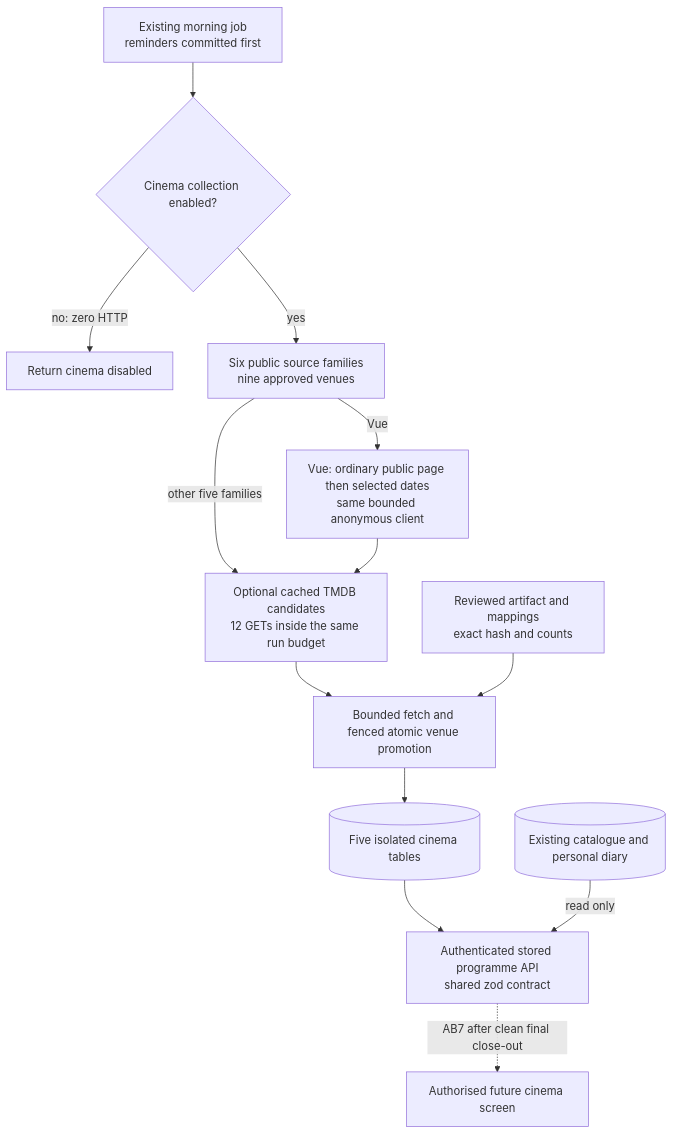
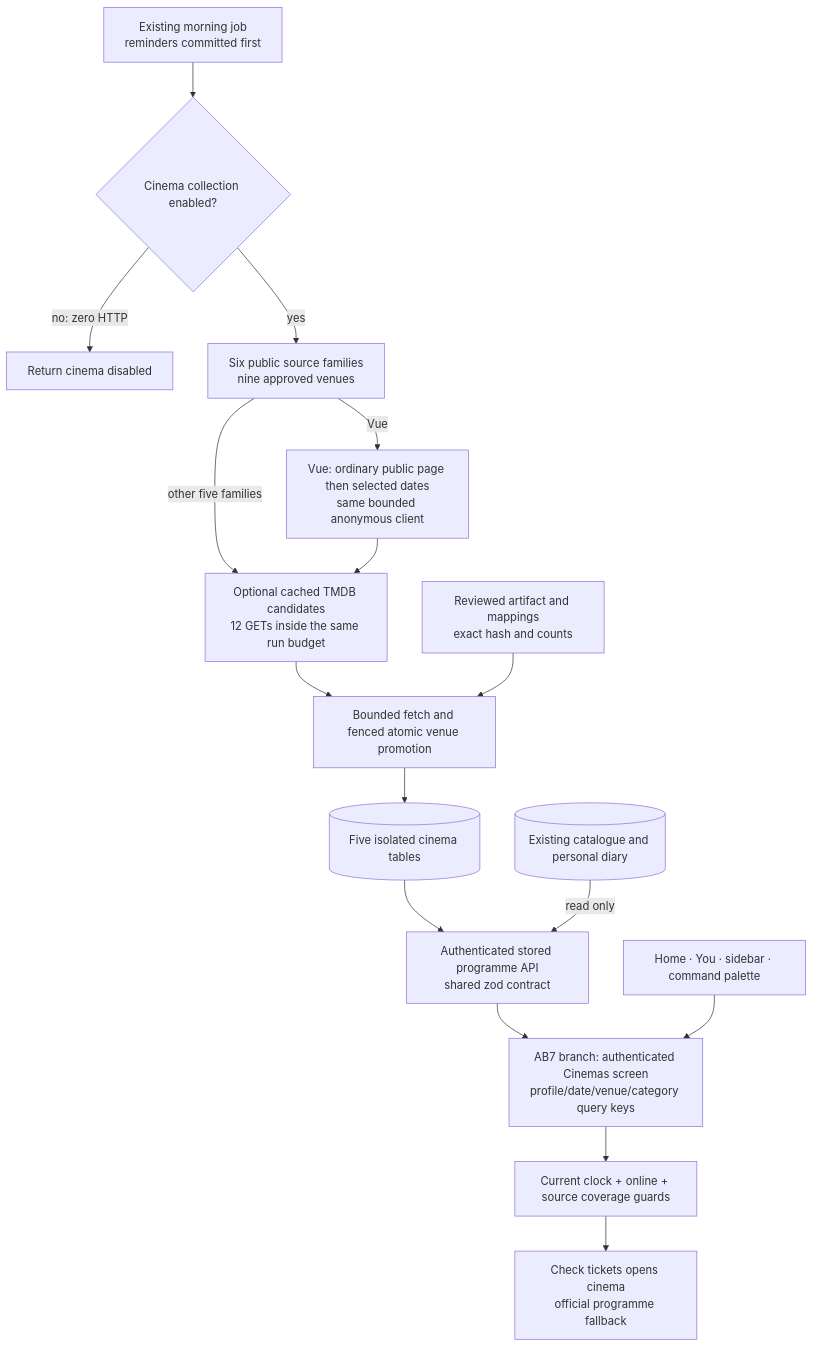
The second of 16 diagrams in docs/architecture-map.md (CraigR973/mcu-app), drawn with Mermaid before and after one commit. The commit also changed other lines of this file and 15 other files, not shown here.

````diff
--- a/docs/architecture-map.md
+++ b/docs/architecture-map.md
@@ -21,15 +21,18 @@
 ```mermaid
 flowchart TB
     Reminder[Existing morning job<br/>reminders committed first] --> Disabled{Cinema collection enabled?}
     Disabled -- no: zero HTTP --> Stop[Return cinema disabled]
     Disabled -- yes --> Public[Six public source families<br/>nine approved venues]
     Public -- Vue --> PageFirst[Vue: ordinary public page then selected dates<br/>same bounded anonymous client]
     Public -- other five families --> Metadata
     PageFirst --> Metadata[Optional cached TMDB candidates<br/>12 GETs inside the same run budget]
     Metadata --> Fence[Bounded fetch and fenced atomic venue promotion]
     Review[Reviewed artifact and mappings<br/>exact hash and counts] --> Fence
     Fence --> Cinema[(Five isolated cinema tables)]
     Cinema --> Read[Authenticated stored programme API<br/>shared zod contract]
     Catalogue[(Existing catalogue and personal diary)] -- read only --> Read
-    Read -. AB7 after clean final close-out .-> Discovery[Authorised future cinema screen]
+    Read --> Discovery[AB7 branch: authenticated Cinemas screen<br/>profile/date/venue/category query keys]
+    Entries[Home · You · sidebar · command palette] --> Discovery
+    Discovery --> Safety[Current clock + online + source coverage guards]
+    Safety --> Tickets[Check tickets opens cinema<br/>official programme fallback]
 ```
````
